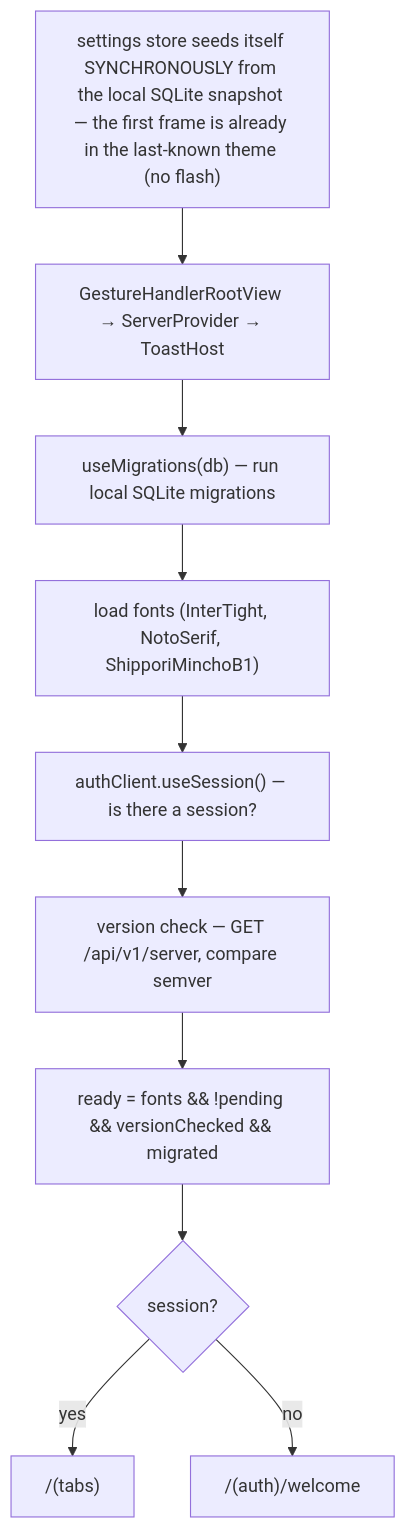
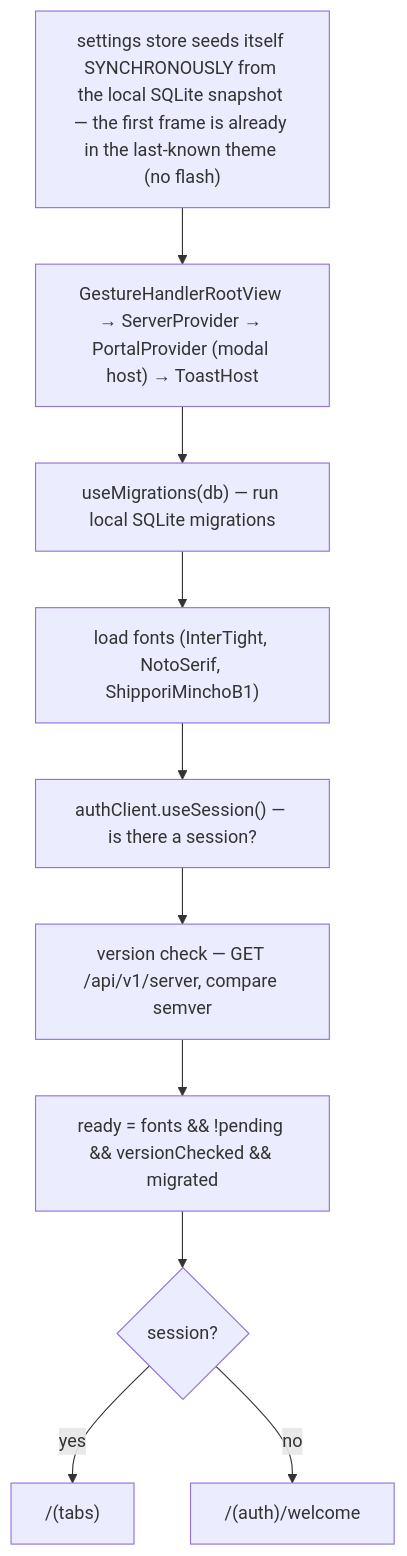
The diagram in packages/docs/src/content/docs/architecture/client.mdx (f-tuma/musubi), drawn with Mermaid before and after one commit. The commit also changed other lines of this file and 1 other file, not shown here.

Commit message:
Docs: document the Portal/ModalPortal pattern (no RN Modal-in-modal), settings-first refresh, and the join-needs-full-sync + no-Date-bind sync gotchas

````diff
--- a/packages/docs/src/content/docs/architecture/client.mdx
+++ b/packages/docs/src/content/docs/architecture/client.mdx
@@ -14,12 +14,12 @@
 ```mermaid
 flowchart TD
-    Z["settings store seeds itself SYNCHRONOUSLY from the local SQLite snapshot — the first frame is already in the last-known theme (no flash)"] --> A["GestureHandlerRootView → ServerProvider → ToastHost"]
+    Z["settings store seeds itself SYNCHRONOUSLY from the local SQLite snapshot — the first frame is already in the last-known theme (no flash)"] --> A["GestureHandlerRootView → ServerProvider → PortalProvider (modal host) → ToastHost"]
     A --> B["useMigrations(db) — run local SQLite migrations"]
     B --> C["load fonts (InterTight, NotoSerif, ShipporiMinchoB1)"]
     C --> D["authClient.useSession() — is there a session?"]
     D --> E["version check — GET /api/v1/server, compare semver"]
     E --> F["ready = fonts && !pending && versionChecked && migrated"]
     F --> G{"session?"}
     G -->|yes| H["/(tabs)"]
     G -->|no| I["/(auth)/welcome"]
 ```
````
